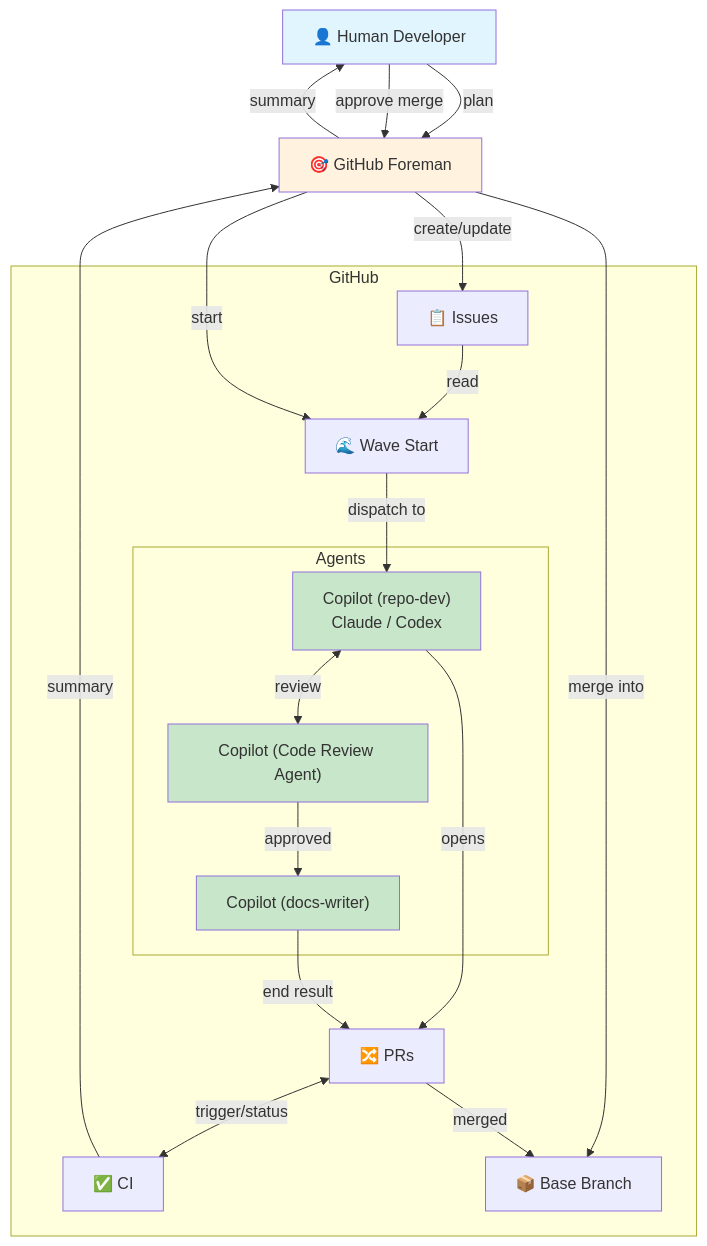
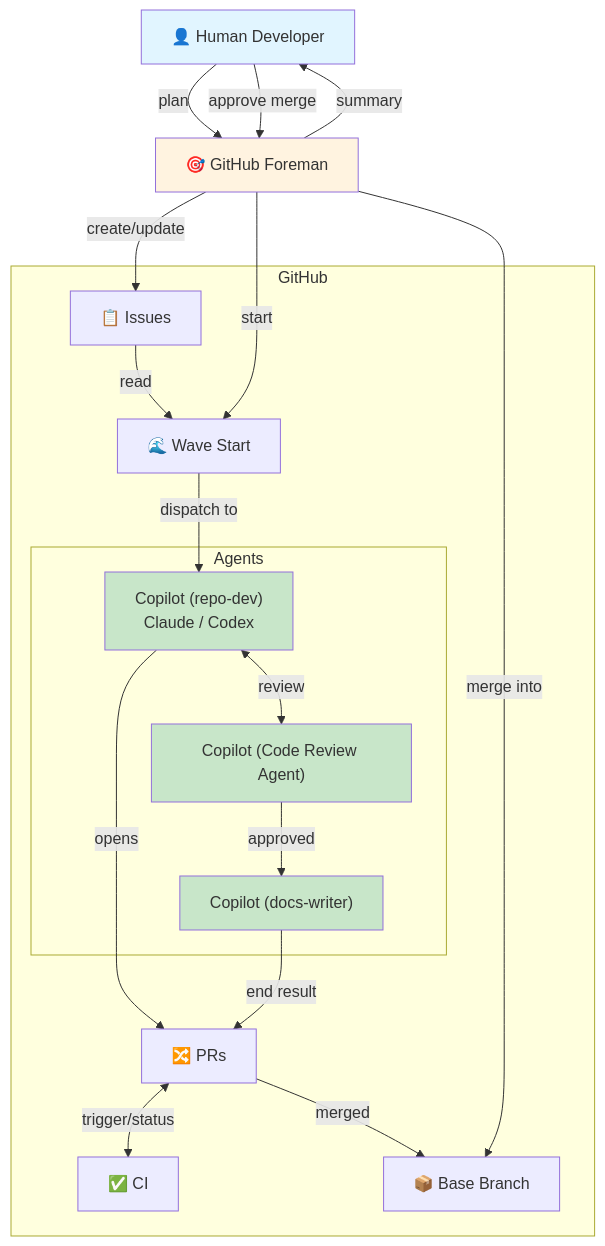
The first of 2 diagrams in README.md (ewega/github-foreman), drawn with Mermaid before and after one commit.

Commit message:
Remove CI to Foreman link
CI interactions stay isolated to PRs. Foreman summary comes from
internal wave review, not CI status. Cleaner separation of concerns.

````diff
--- a/README.md
+++ b/README.md
@@ -70,45 +70,44 @@
 ```mermaid
 graph TB
     H["👤 Human Developer"]
     F["🎯 GitHub Foreman"]
     
     subgraph github["GitHub"]
         Issues["📋 Issues"]
         WaveStart["🌊 Wave Start"]
         
         subgraph agents["Agents"]
             Working["Copilot (repo-dev)<br/>Claude / Codex"]
             CodeReview["Copilot (Code Review Agent)"]
             DW["Copilot (docs-writer)"]
         end
         
         PRs["🔀 PRs"]
         CI["✅ CI"]
         Base["📦 Base Branch"]
     end
     
     H -->|"plan"| F
     F -->|"create/update"| Issues
     Issues -->|"read"| WaveStart
     F -->|"start"| WaveStart
     WaveStart -->|"dispatch to"| Working
     Working -->|"opens"| PRs
     
     Working <-->|"review"| CodeReview
     CodeReview -->|"approved"| DW
     DW -->|"end result"| PRs
     
     PRs <-->|"trigger/status"| CI
     
-    CI -->|"summary"| F
     F -->|"summary"| H
     H -->|"approve merge"| F
     F -->|"merge into"| Base
     PRs -->|"merged"| Base
     
     style H fill:#e1f5ff
     style F fill:#fff3e0
     style Working fill:#c8e6c9
     style CodeReview fill:#c8e6c9
     style DW fill:#c8e6c9
 ```
````
